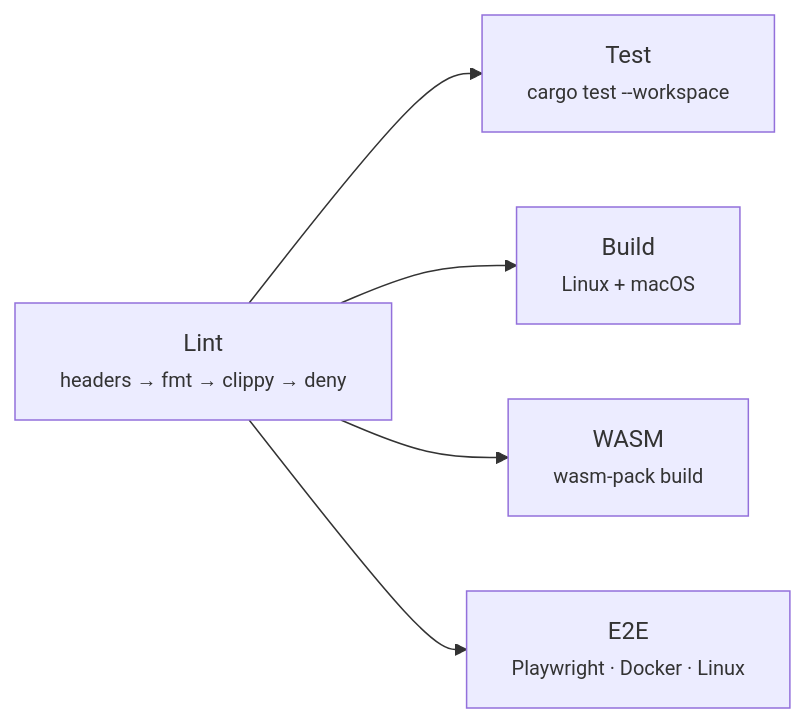
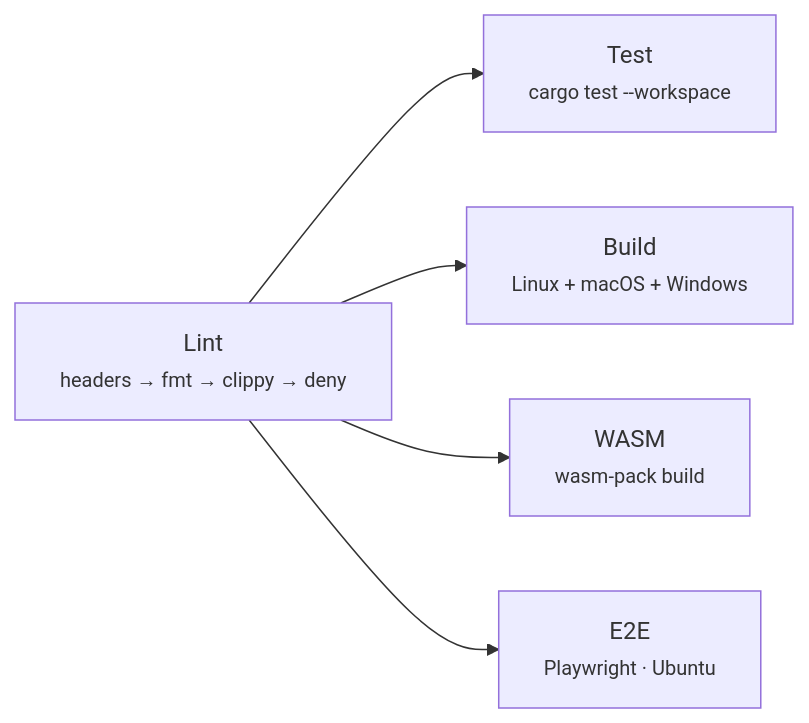
Before and after one commit to microsoft/webui: the diagram in README.md, drawn with Mermaid. The commit also changed other lines of this file and 10 other files, not shown here.

First line of the commit message:
Replace Docker e2e with CI-native Playwright and e2e-approve workflow

````diff
--- a/README.md
+++ b/README.md
@@ -55,13 +55,13 @@
 ```mermaid
 graph LR
     lint["Lint<br/><small>headers → fmt → clippy → deny</small>"]
     test["Test<br/><small>cargo test --workspace</small>"]
-    build["Build<br/><small>Linux + macOS</small>"]
+    build["Build<br/><small>Linux + macOS + Windows</small>"]
     wasm["WASM<br/><small>wasm-pack build</small>"]
-    e2e["E2E<br/><small>Playwright · Docker · Linux</small>"]
+    e2e["E2E<br/><small>Playwright · Ubuntu</small>"]
 
     lint --> test
     lint --> build
     lint --> wasm
     lint --> e2e
 ```
````
